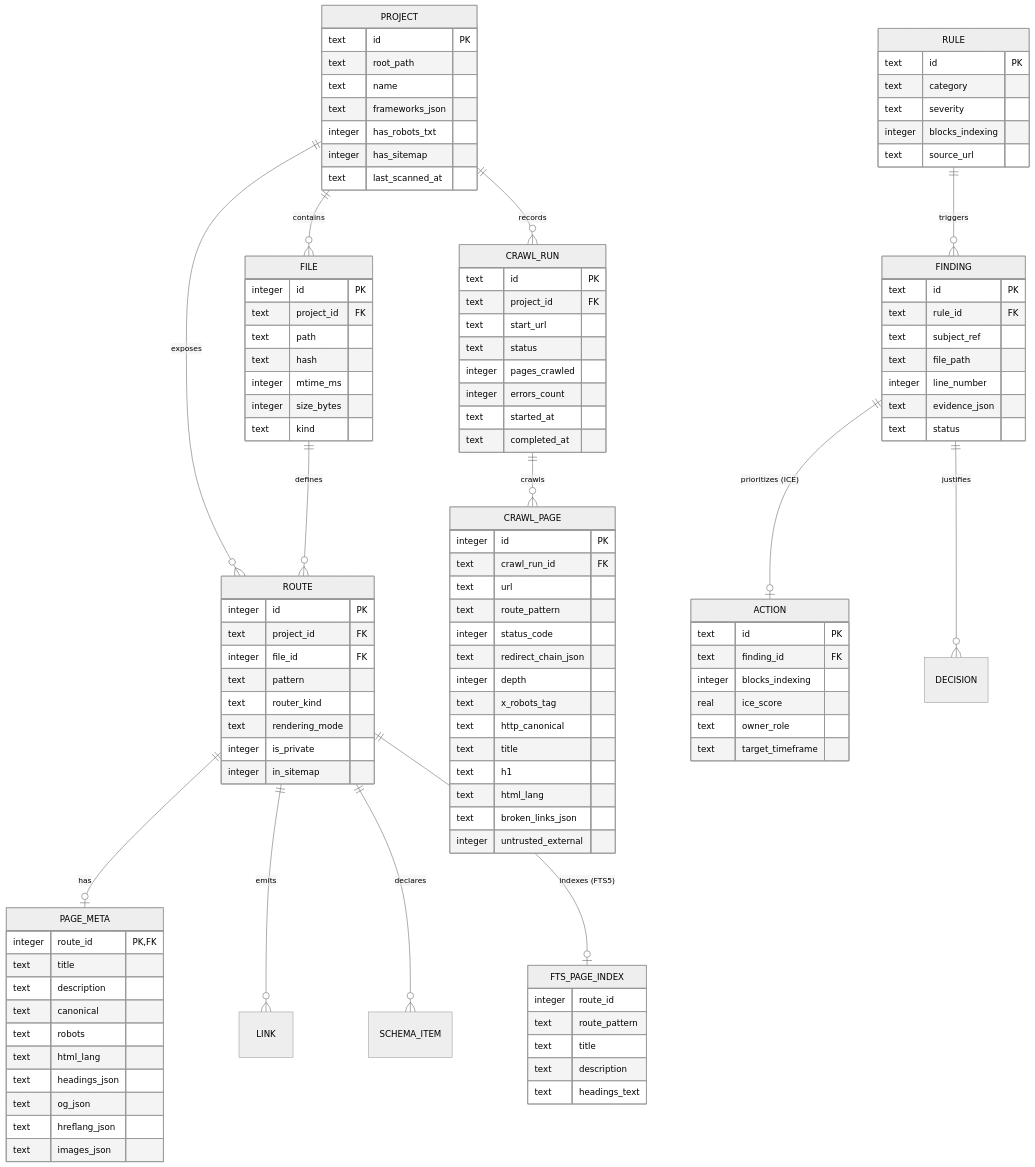
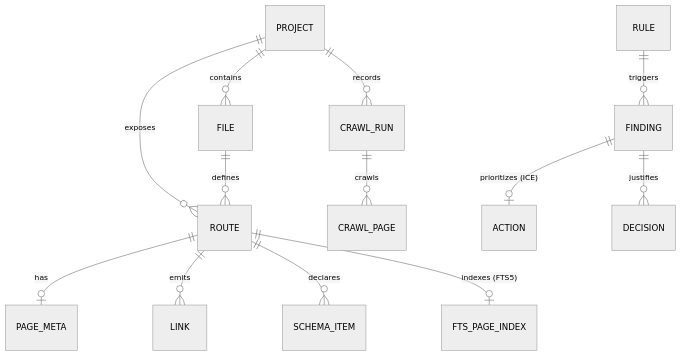
Before and after one commit to Firinze/seo-partner: the second of 2 diagrams in README.md, drawn with Mermaid (neutral theme). The commit also changed other lines of this file and 33 other files, not shown here.

````diff
--- a/README.md
+++ b/README.md
@@ -120,102 +131,4 @@
     RULE ||--o{ FINDING : "triggers"
     FINDING ||--o| ACTION : "prioritizes (ICE)"
     FINDING ||--o{ DECISION : "justifies"
-
-    PROJECT {
-        text id PK
-        text root_path
-        text name
-        text frameworks_json
-        integer has_robots_txt
-        integer has_sitemap
-        text last_scanned_at
-    }
-    FILE {
-        integer id PK
-        text project_id FK
-        text path
-        text hash
-        integer mtime_ms
-        integer size_bytes
-        text kind
-    }
-    ROUTE {
-        integer id PK
-        text project_id FK
-        integer file_id FK
-        text pattern
-        text router_kind
-        text rendering_mode
-        integer is_private
-        integer in_sitemap
-    }
-    PAGE_META {
-        integer route_id PK,FK
-        text title
-        text description
-        text canonical
-        text robots
-        text html_lang
-        text headings_json
-        text og_json
-        text hreflang_json
-        text images_json
-    }
-    FTS_PAGE_INDEX {
-        integer route_id
-        text route_pattern
-        text title
-        text description
-        text headings_text
-    }
-    CRAWL_RUN {
-        text id PK
-        text project_id FK
-        text start_url
-        text status
-        integer pages_crawled
-        integer errors_count
-        text started_at
-        text completed_at
-    }
-    CRAWL_PAGE {
-        integer id PK
-        text crawl_run_id FK
-        text url
-        text route_pattern
-        integer status_code
-        text redirect_chain_json
-        integer depth
-        text x_robots_tag
-        text http_canonical
-        text title
-        text h1
-        text html_lang
-        text broken_links_json
-        integer untrusted_external
-    }
-    RULE {
-        text id PK
-        text category
-        text severity
-        integer blocks_indexing
-        text source_url
-    }
-    FINDING {
-        text id PK
-        text rule_id FK
-        text subject_ref
-        text file_path
-        integer line_number
-        text evidence_json
-        text status
-    }
-    ACTION {
-        text id PK
-        text finding_id FK
-        integer blocks_indexing
-        real ice_score
-        text owner_role
-        text target_timeframe
-    }
 ```
````
